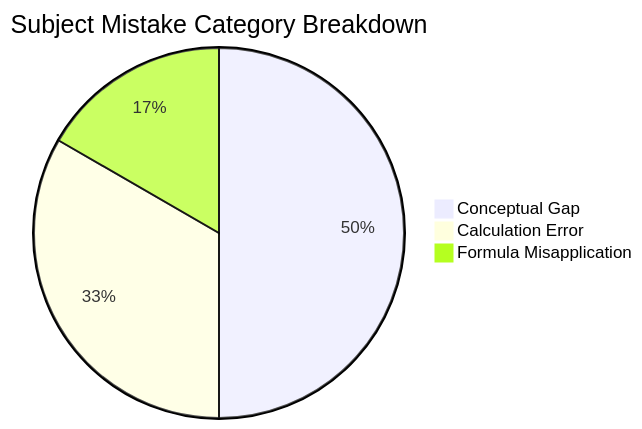
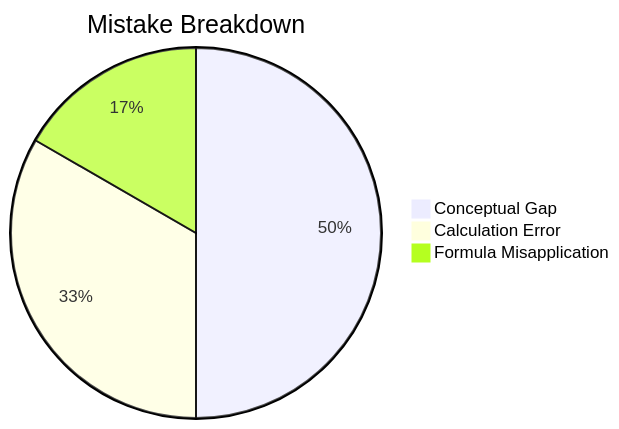
The second of 2 diagrams in content/cds/elementary-mathematics/question_db.md (skc-coder/SAGE), drawn with Mermaid before and after one commit. The commit also changed other lines of this file and 3 other files, not shown here.

First line of the commit message:
fix(skill): relocate Chapter/Topic accuracy charts to Overview pages and enforce concise Mermaid graph titles

````diff
--- a/content/cds/elementary-mathematics/question_db.md
+++ b/content/cds/elementary-mathematics/question_db.md
@@ -66,6 +30,6 @@
 ```mermaid
-pie title Subject Mistake Category Breakdown
+pie title Mistake Breakdown
     "Conceptual Gap" : 3
     "Calculation Error" : 2
     "Formula Misapplication" : 1
 ```
````
